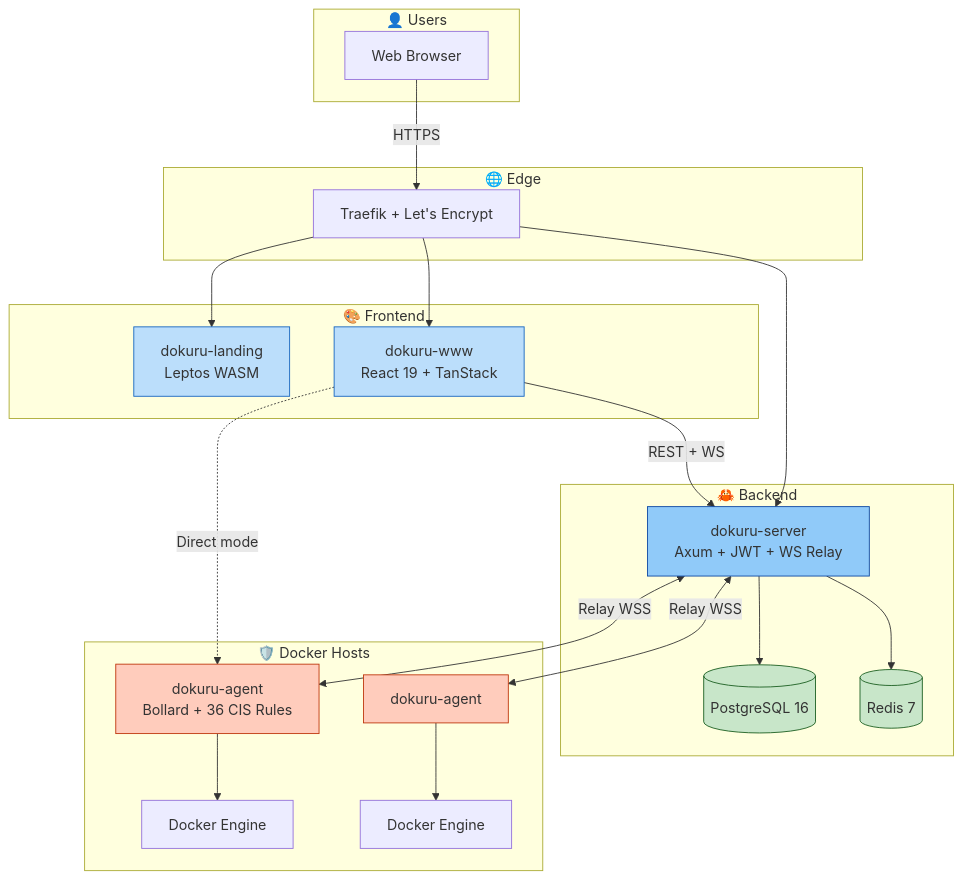
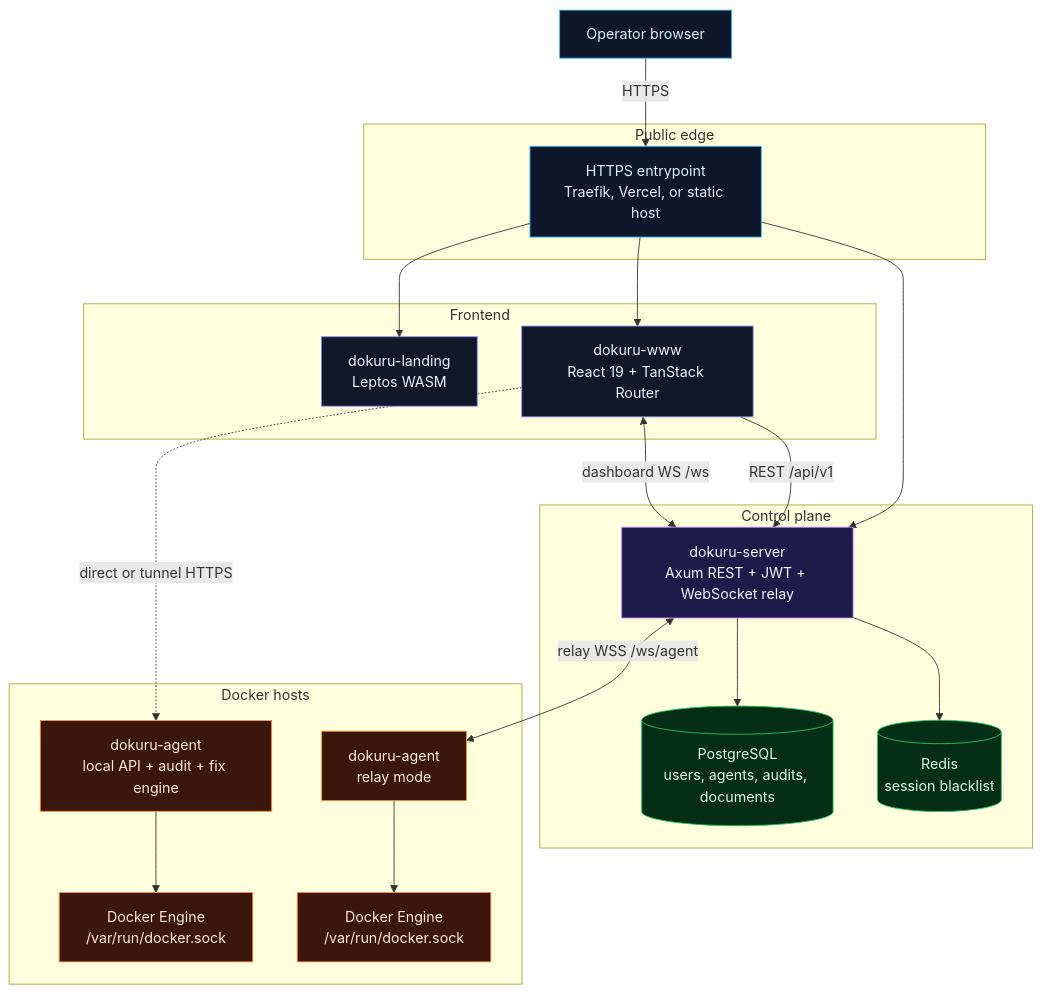
The first of 11 diagrams in README.md (rifuki/dokuru), drawn with Mermaid before and after one commit. The commit also changed other lines of this file, not shown here.

````diff
--- a/README.md
+++ b/README.md
@@ -29,53 +48,52 @@
 ```mermaid
-graph TB
-    subgraph User["👤 Users"]
-        Browser[Web Browser]
+flowchart TB
+    user["Operator browser"]
+
+    subgraph edge["Public edge"]
+        tls["HTTPS entrypoint<br/>Traefik, Vercel, or static host"]
     end
 
-    subgraph Edge["🌐 Edge"]
-        Traefik[Traefik + Let's Encrypt]
+    subgraph frontend["Frontend"]
+        landing["dokuru-landing<br/>Leptos WASM"]
+        www["dokuru-www<br/>React 19 + TanStack Router"]
     end
 
-    subgraph Frontend["🎨 Frontend"]
-        Landing[dokuru-landing<br/>Leptos WASM]
-        WWW[dokuru-www<br/>React 19 + TanStack]
+    subgraph backend["Control plane"]
+        server["dokuru-server<br/>Axum REST + JWT + WebSocket relay"]
+        pg[("PostgreSQL<br/>users, agents, audits, documents")]
+        redis[("Redis<br/>session blacklist")]
     end
 
-    subgraph Backend["🦀 Backend"]
-        Server[dokuru-server<br/>Axum + JWT + WS Relay]
-        PG[(PostgreSQL 16)]
-        Redis[(Redis 7)]
+    subgraph hosts["Docker hosts"]
+        agentA["dokuru-agent<br/>local API + audit + fix engine"]
+        agentB["dokuru-agent<br/>relay mode"]
+        dockerA["Docker Engine<br/>/var/run/docker.sock"]
+        dockerB["Docker Engine<br/>/var/run/docker.sock"]
     end
 
-    subgraph Agents["🛡️ Docker Hosts"]
-        Agent1[dokuru-agent<br/>Bollard + 36 CIS Rules]
-        Docker1[Docker Engine]
-        Agent2[dokuru-agent]
-        Docker2[Docker Engine]
-    end
+    user -->|HTTPS| tls
+    tls --> landing
+    tls --> www
+    tls --> server
 
-    Browser -->|HTTPS| Traefik
-    Traefik --> Landing
-    Traefik --> WWW
-    Traefik --> Server
+    www -->|REST /api/v1| server
+    www <-->|dashboard WS /ws| server
+    www -.->|direct or tunnel HTTPS| agentA
+    server <-->|relay WSS /ws/agent| agentB
 
-    WWW -->|REST + WS| Server
-    WWW -.->|Direct mode| Agent1
+    server --> pg
+    server --> redis
+    agentA --> dockerA
+    agentB --> dockerB
 
-    Server --> PG
-    Server --> Redis
-    Server <-->|Relay WSS| Agent1
-    Server <-->|Relay WSS| Agent2
-
-    Agent1 --> Docker1
-    Agent2 --> Docker2
-
-    classDef frontend fill:#bbdefb,stroke:#1565c0
-    classDef backend fill:#90caf9,stroke:#0d47a1
-    classDef agent fill:#ffccbc,stroke:#bf360c
-    classDef data fill:#c8e6c9,stroke:#1b5e20
-    class Landing,WWW frontend
-    class Server backend
-    class Agent1,Agent2 agent
-    class PG,Redis data
+    classDef surface fill:#0f172a,stroke:#38bdf8,color:#e0f2fe
+    classDef app fill:#111827,stroke:#818cf8,color:#eef2ff
+    classDef controlPlane fill:#1e1b4b,stroke:#c084fc,color:#f5f3ff
+    classDef dataStore fill:#052e16,stroke:#22c55e,color:#dcfce7
+    classDef hostNode fill:#3b160b,stroke:#fb923c,color:#ffedd5
+    class user,tls surface
+    class landing,www app
+    class server controlPlane
+    class pg,redis dataStore
+    class agentA,agentB,dockerA,dockerB hostNode
 ```
````
